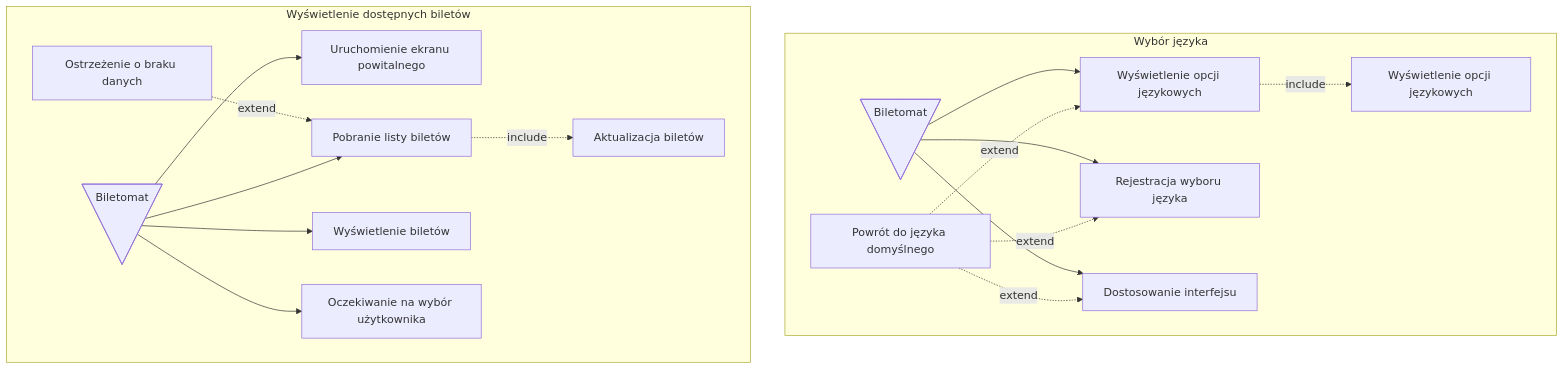
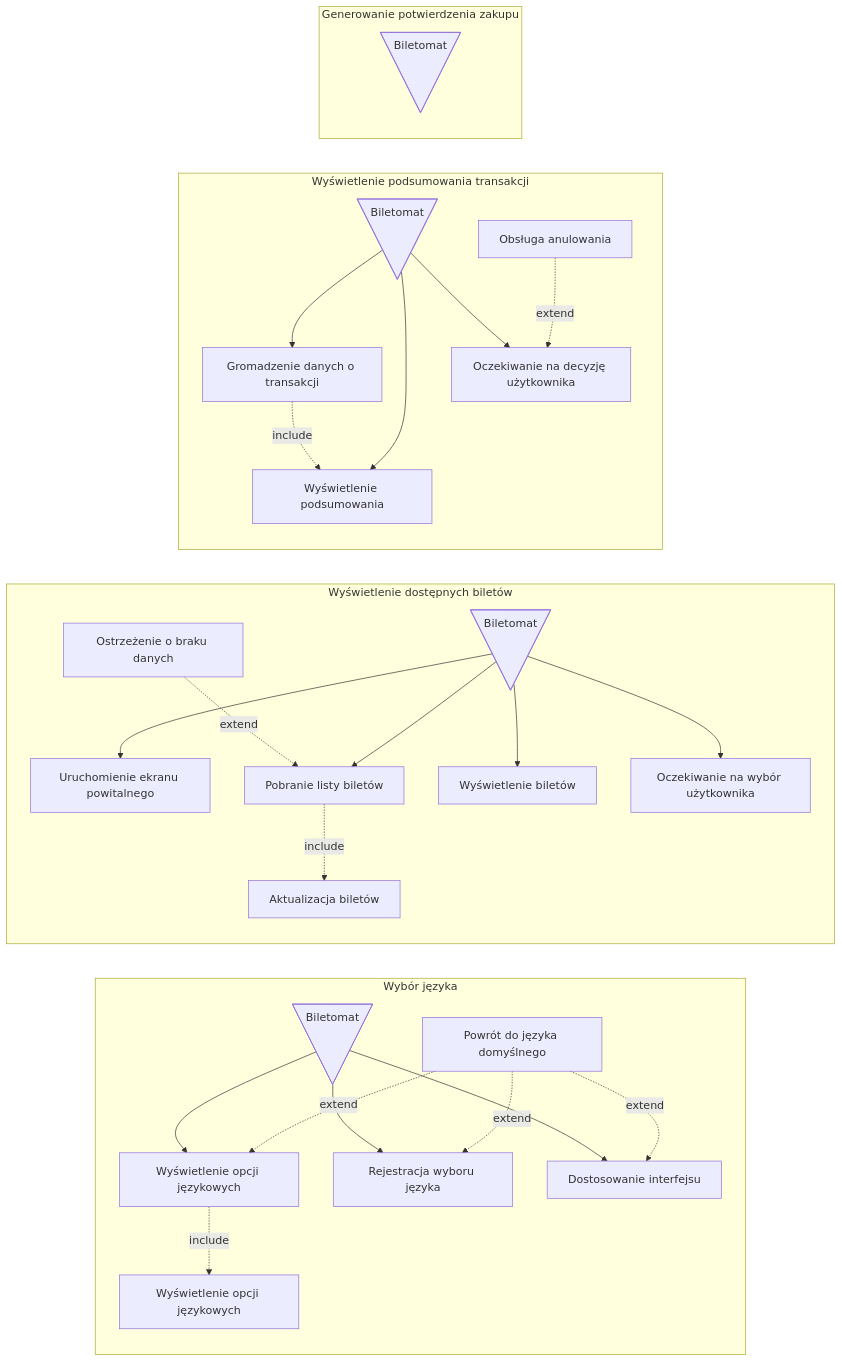
The first of 2 diagrams in userstories/biletomat.md (MarcinMarszewski/dowolna_nazwa), drawn with Mermaid before and after one commit.

Commit message:
Update biletomat.md "Wyświetlenie podsumowania transakcji"

````diff
--- a/userstories/biletomat.md
+++ b/userstories/biletomat.md
@@ -11,37 +11,58 @@
 ```mermaid
-flowchart TD
+flowchart LR
 subgraph "Wybór języka"
   A@{ shape: manual-file, label: "Biletomat" }
   id1[Wyświetlenie opcji językowych]
   id2[Rejestracja wyboru języka]
   id3[Dostosowanie interfejsu]
   id4[Wyświetlenie opcji językowych]
   id5[Powrót do języka domyślnego]
 
   A --> id1
   A --> id2
   A --> id3
   id5-. extend .-> id1
   id5-. extend .-> id2
   id5-. extend .-> id3
   id1-. include .-> id4
   
 end
 subgraph "Wyświetlenie dostępnych biletów"
   B@{ shape: manual-file, label: "Biletomat" }
   id11[Uruchomienie ekranu powitalnego]
   id22[Pobranie listy biletów]
   id33[Wyświetlenie biletów]
   id44[Oczekiwanie na wybór użytkownika]
   id55[Aktualizacja biletów]
   id66[Ostrzeżenie o braku danych]
 
   B --> id11
   B --> id22
   B --> id33
   B --> id44
   id22-. include .-> id55
   id66-. extend .-> id22
-  
+
 end
+subgraph "Wyświetlenie podsumowania transakcji"
+  C@{ shape: manual-file, label: "Biletomat" }
+  uc1[Gromadzenie danych o transakcji]
+  uc2[Wyświetlenie podsumowania]
+  uc3[Oczekiwanie na decyzję użytkownika]
+  uc4[Obsługa anulowania]
+
+  C --> uc1
+  C --> uc2
+  C --> uc3
+
+  uc1-. include .-> uc2
+  uc4-. extend .-> uc3
+
+end
+subgraph "Generowanie potwierdzenia zakupu"
+  D@{ shape: manual-file, label: "Biletomat" }
+
+
+end
+
 ```
````
